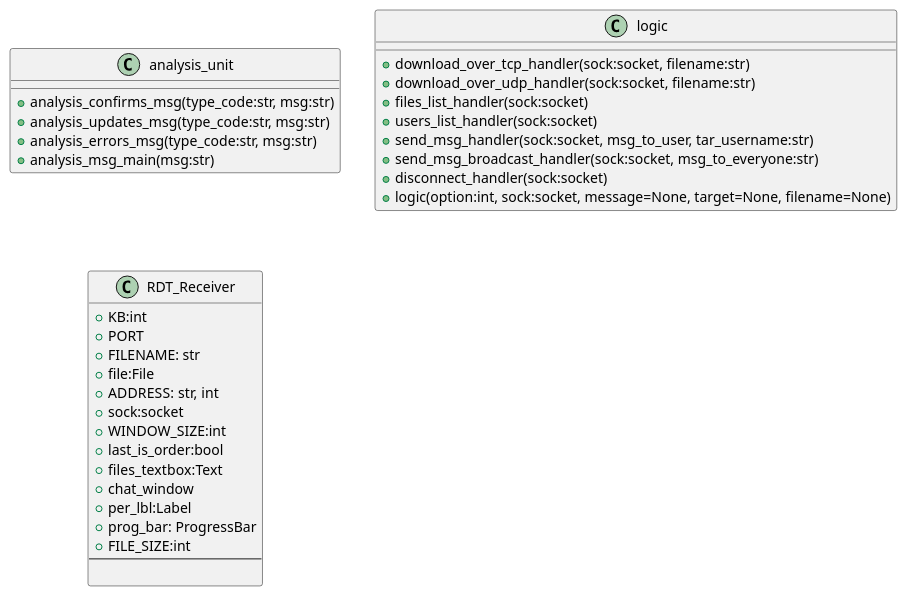
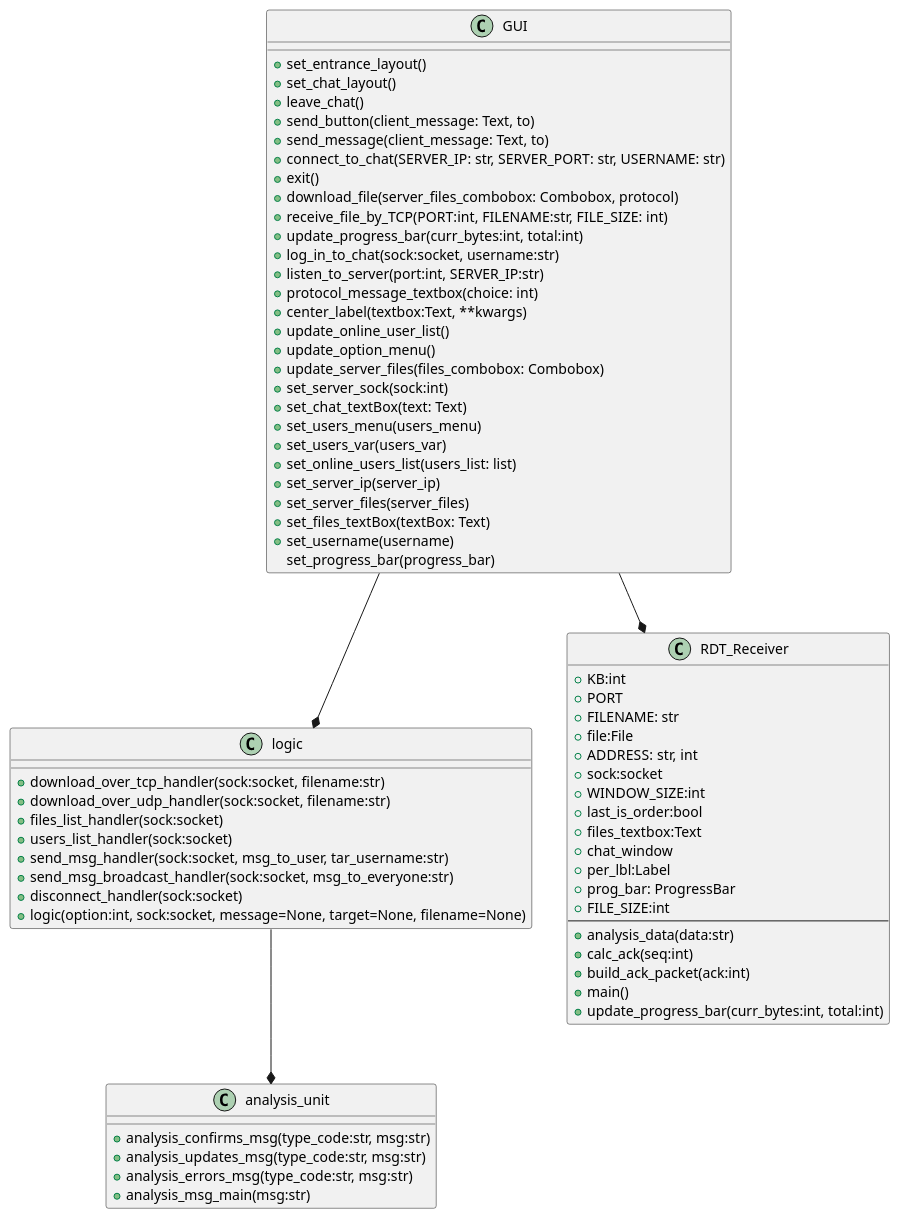
Before and after one commit to amirg00/Simple-Chat: the diagram in Client_UML.puml, drawn with PlantUML.

Commit message:
UML DONE!

```diff
--- a/Client_UML.puml
+++ b/Client_UML.puml
@@ -1,39 +1,80 @@
 @startuml
 
 class analysis_unit{
 +analysis_confirms_msg(type_code:str, msg:str)
 +analysis_updates_msg(type_code:str, msg:str)
 +analysis_errors_msg(type_code:str, msg:str)
 +analysis_msg_main(msg:str)
 }
 
+
+logic --* analysis_unit
 class logic{
 +download_over_tcp_handler(sock:socket, filename:str)
 +download_over_udp_handler(sock:socket, filename:str)
 +files_list_handler(sock:socket)
 +users_list_handler(sock:socket)
 +send_msg_handler(sock:socket, msg_to_user, tar_username:str)
 +send_msg_broadcast_handler(sock:socket, msg_to_everyone:str)
 +disconnect_handler(sock:socket)
 +logic(option:int, sock:socket, message=None, target=None, filename=None)
 }
 
 class RDT_Receiver{
  +KB:int
  +PORT
  + FILENAME: str
  + file:File
  + ADDRESS: str, int
  + sock:socket
  + WINDOW_SIZE:int
  + last_is_order:bool
  + files_textbox:Text
  + chat_window
  + per_lbl:Label
  + prog_bar: ProgressBar
  + FILE_SIZE:int
 --
+ + analysis_data(data:str)
+ + calc_ack(seq:int)
+ + build_ack_packet(ack:int)
+ + main()
+ + update_progress_bar(curr_bytes:int, total:int)
+}
 
+
+
+GUI --* RDT_Receiver
+GUI --* logic
+
+class GUI{
++set_entrance_layout()
++set_chat_layout()
++leave_chat()
++send_button(client_message: Text, to)
++send_message(client_message: Text, to)
++connect_to_chat(SERVER_IP: str, SERVER_PORT: str, USERNAME: str)
++exit()
++download_file(server_files_combobox: Combobox, protocol)
++receive_file_by_TCP(PORT:int, FILENAME:str, FILE_SIZE: int)
++update_progress_bar(curr_bytes:int, total:int)
++log_in_to_chat(sock:socket, username:str)
++listen_to_server(port:int, SERVER_IP:str)
++protocol_message_textbox(choice: int)
++center_label(textbox:Text, **kwargs)
++update_online_user_list()
++update_option_menu()
++update_server_files(files_combobox: Combobox)
++set_server_sock(sock:int)
++set_chat_textBox(text: Text)
++set_users_menu(users_menu)
++set_users_var(users_var)
++set_online_users_list(users_list: list)
++set_server_ip(server_ip)
++set_server_files(server_files)
++set_files_textBox(textBox: Text)
++set_username(username)
+set_progress_bar(progress_bar)
 }
 
 @enduml
```
